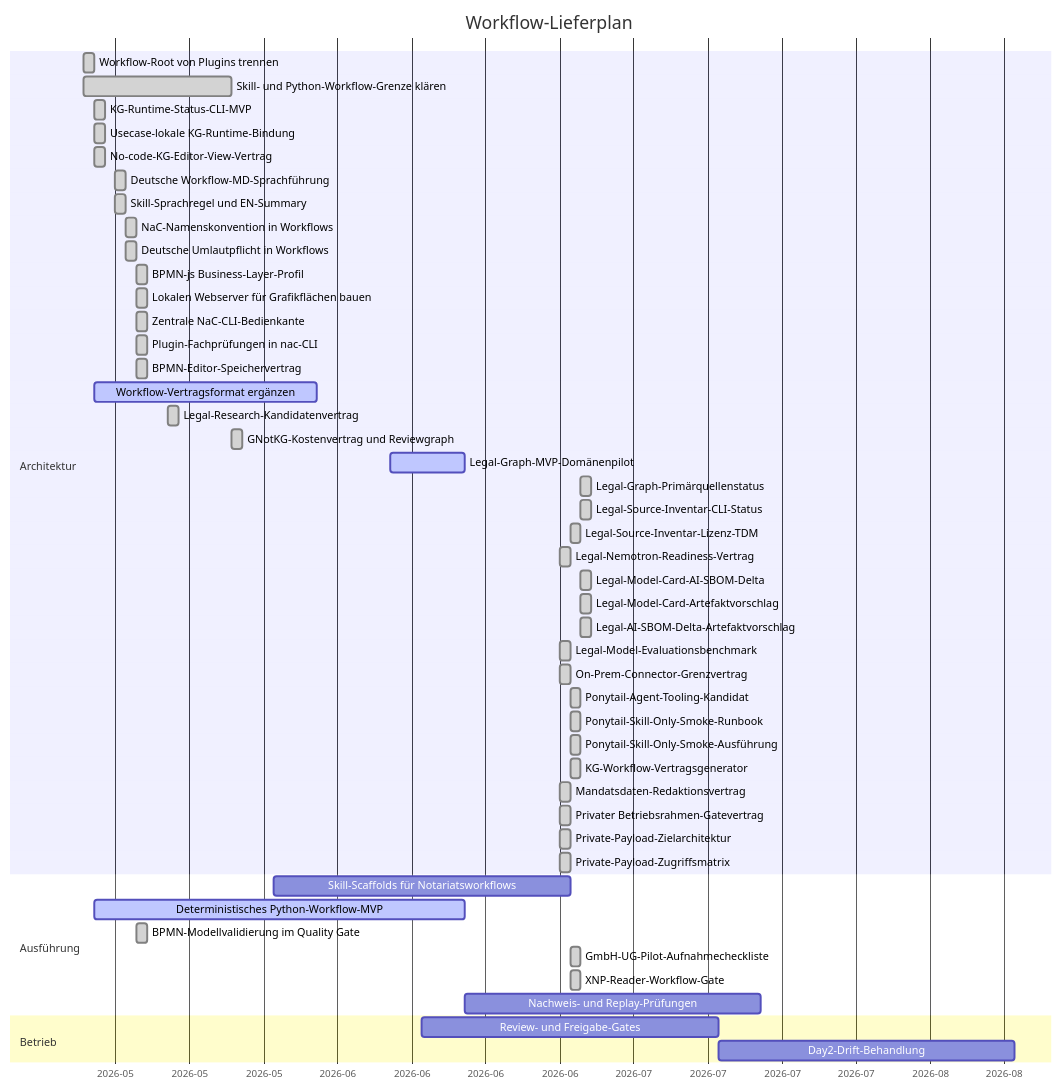
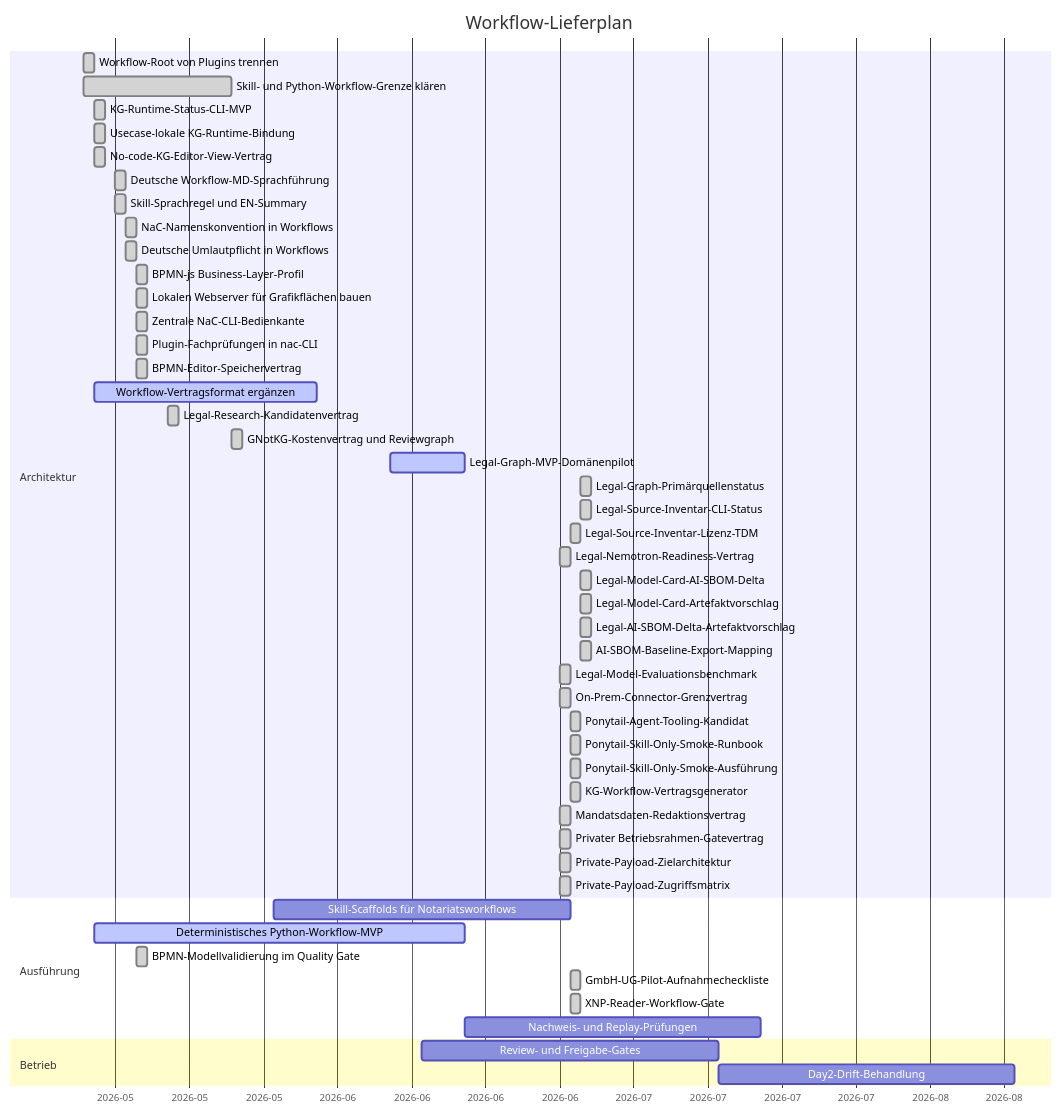
One commit to notariat8/NaC changed the diagram in workflows/GANTT.md. Above: the diagram before and after it, drawn with Mermaid. The commit also changed other lines of this file and 17 other files, not shown here.

Commit message:
Add AI SBOM export mapping

````diff
--- a/workflows/GANTT.md
+++ b/workflows/GANTT.md
@@ -5,55 +5,56 @@
 ```mermaid
 gantt
     title Workflow-Lieferplan
     dateFormat  YYYY-MM-DD
     axisFormat  %Y-%m
 
     section Architektur
     Workflow-Root von Plugins trennen          :done,   w1, 2026-05-14, 1d
     Skill- und Python-Workflow-Grenze klären  :done,   w2, 2026-05-14, 14d
     KG-Runtime-Status-CLI-MVP                  :done,   w3, 2026-05-15, 1d
     Usecase-lokale KG-Runtime-Bindung          :done,   w3a, 2026-05-15, 1d
     No-code-KG-Editor-View-Vertrag             :done,   w4a, 2026-05-15, 1d
     Deutsche Workflow-MD-Sprachführung        :done,   w4b, 2026-05-17, 1d
     Skill-Sprachregel und EN-Summary            :done,   w4c, 2026-05-17, 1d
     NaC-Namenskonvention in Workflows           :done,   w4d, 2026-05-18, 1d
     Deutsche Umlautpflicht in Workflows         :done,   w4e, 2026-05-18, 1d
     BPMN-js Business-Layer-Profil               :done,   w4f, 2026-05-19, 1d
     Lokalen Webserver für Grafikflächen bauen  :done,   w4g, 2026-05-19, 1d
     Zentrale NaC-CLI-Bedienkante                :done,   w4h, 2026-05-19, 1d
     Plugin-Fachprüfungen in nac-CLI             :done,   w4i, 2026-05-19, 1d
     BPMN-Editor-Speichervertrag                 :done,   w4j, 2026-05-19, 1d
     Workflow-Vertragsformat ergänzen          :active, w4, 2026-05-15, 21d
     Legal-Research-Kandidatenvertrag           :done,   w4k, 2026-05-22, 1d
     GNotKG-Kostenvertrag und Reviewgraph        :done,   w4l, 2026-05-28, 1d
     Legal-Graph-MVP-Domänenpilot              :active, w4m, 2026-06-12, 7d
     Legal-Graph-Primärquellenstatus            :done,   w4z, 2026-06-30, 1d
     Legal-Source-Inventar-CLI-Status           :done,   w4aa, 2026-06-30, 1d
     Legal-Source-Inventar-Lizenz-TDM           :done,   w4u, 2026-06-29, 1d
     Legal-Nemotron-Readiness-Vertrag            :done,   w4s, 2026-06-28, 1d
     Legal-Model-Card-AI-SBOM-Delta             :done,   w4ab, 2026-06-30, 1d
     Legal-Model-Card-Artefaktvorschlag         :done,   w4ac, 2026-06-30, 1d
     Legal-AI-SBOM-Delta-Artefaktvorschlag      :done,   w4ad, 2026-06-30, 1d
+    AI-SBOM-Baseline-Export-Mapping            :done,   w4ae, 2026-06-30, 1d
     Legal-Model-Evaluationsbenchmark           :done,   w4t, 2026-06-28, 1d
     On-Prem-Connector-Grenzvertrag            :done,   w4n, 2026-06-28, 1d
     Ponytail-Agent-Tooling-Kandidat            :done,   w4v, 2026-06-29, 1d
     Ponytail-Skill-Only-Smoke-Runbook          :done,   w4w, 2026-06-29, 1d
     Ponytail-Skill-Only-Smoke-Ausführung       :done,   w4x, 2026-06-29, 1d
     KG-Workflow-Vertragsgenerator              :done,   w4y, 2026-06-29, 1d
     Mandatsdaten-Redaktionsvertrag             :done,   w4o, 2026-06-28, 1d
     Privater Betriebsrahmen-Gatevertrag        :done,   w4p, 2026-06-28, 1d
     Private-Payload-Zielarchitektur            :done,   w4q, 2026-06-28, 1d
     Private-Payload-Zugriffsmatrix             :done,   w4r, 2026-06-28, 1d
 
     section Ausführung
     Skill-Scaffolds für Notariatsworkflows    :        w5, 2026-06-01, 28d
     Deterministisches Python-Workflow-MVP      :active, w6, 2026-05-15, 35d
     BPMN-Modellvalidierung im Quality Gate      :done,   w6a, 2026-05-19, 1d
     GmbH-UG-Pilot-Aufnahmecheckliste           :done,   w6b, 2026-06-29, 1d
     XNP-Reader-Workflow-Gate                   :done,   w6c, 2026-06-29, 1d
     Nachweis- und Replay-Prüfungen            :        w7, after w6, 28d
 
     section Betrieb
     Review- und Freigabe-Gates                 :        w8, 2026-06-15, 28d
     Day2-Drift-Behandlung                      :        w9, after w8, 28d
 ```
````
